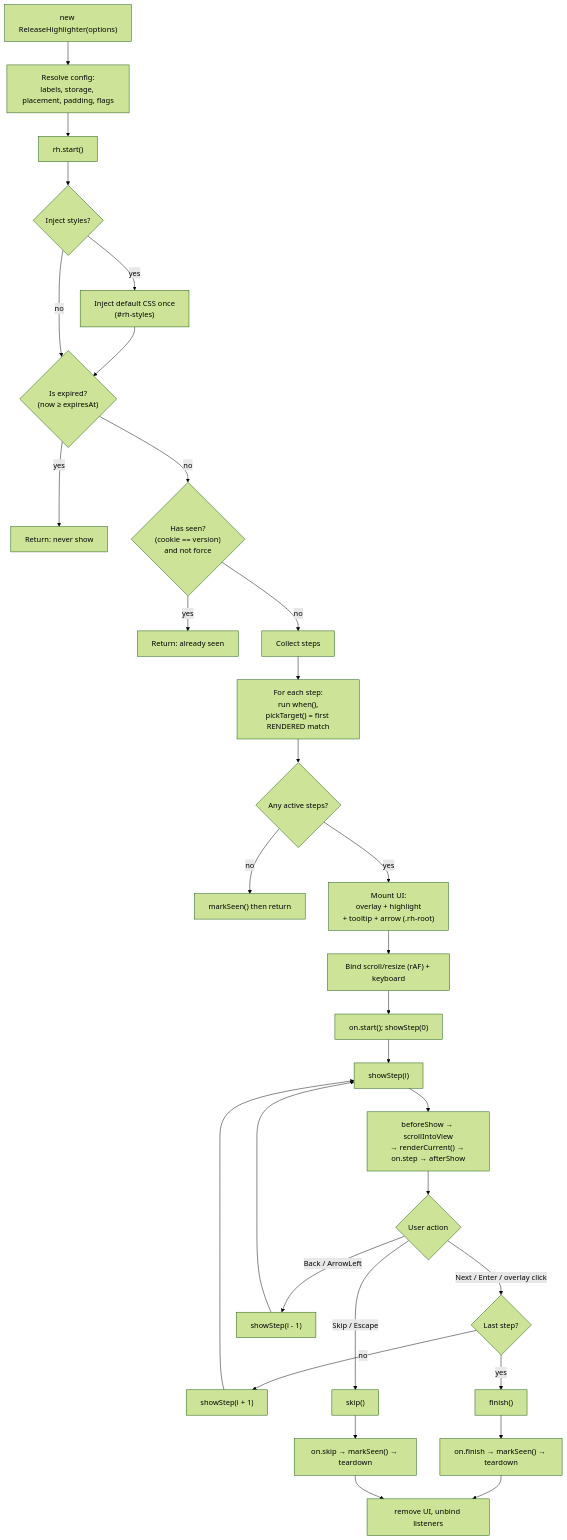
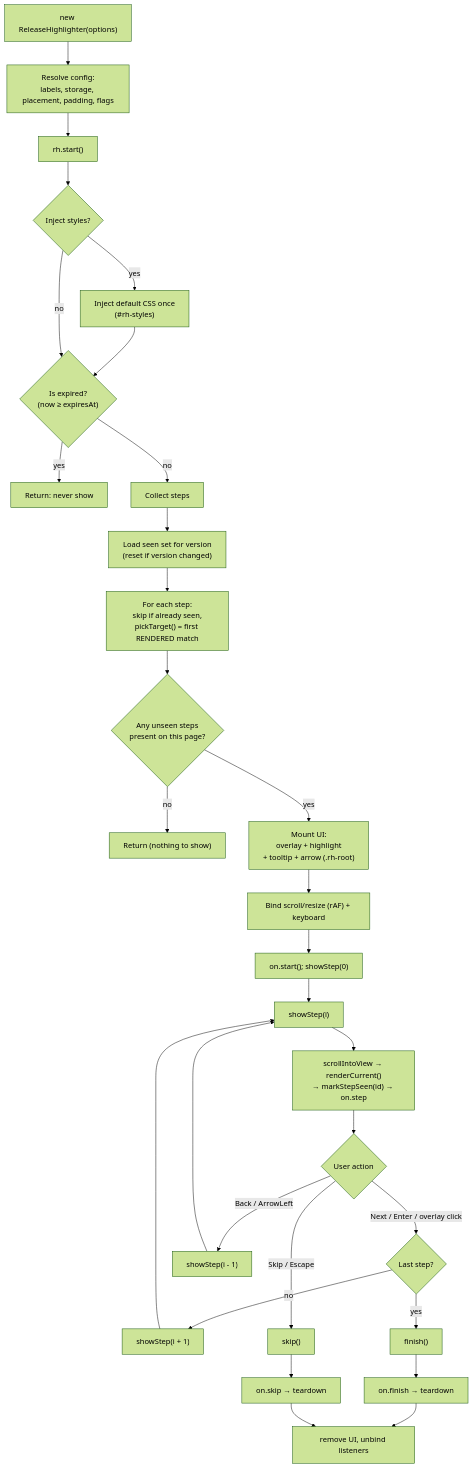
The diagram in README.md (inandi/Release-Highlighter), drawn with Mermaid (forest theme) before and after one commit. The commit also changed other lines of this file and 9 other files, not shown here.

````diff
--- a/README.md
+++ b/README.md
@@ -139,45 +142,43 @@
 ```mermaid
 flowchart TD
     A["new ReleaseHighlighter(options)"]
         --> B["Resolve config:<br/>labels, storage, placement, padding, flags"]
         --> C["rh.start()"]
 
     C --> D{"Inject styles?"}
     D -- yes --> D1["Inject default CSS once<br/>(#rh-styles)"]
     D1 --> E{"Is expired?<br/>(now ≥ expiresAt)"}
     D -- no --> E
 
     E -- yes --> Z1["Return: never show"]
-    E -- no --> F{"Has seen?<br/>(cookie == version)<br/>and not force"}
+    E -- no --> G["Collect steps"]
 
-    F -- yes --> Z2["Return: already seen"]
-    F -- no --> G["Collect steps"]
+    G --> G1["Load seen set for version<br/>(reset if version changed)"]
+    G1 --> G2["For each step:<br/>skip if already seen,<br/>pickTarget() = first RENDERED match"]
+    G2 --> H{"Any unseen steps<br/>present on this page?"}
 
-    G --> G1["For each step:<br/>run when(),<br/>pickTarget() = first RENDERED match"]
-    G1 --> H{"Any active steps?"}
-
-    H -- no --> I["markSeen() then return"]
+    H -- no --> I["Return (nothing to show)"]
     H -- yes --> J["Mount UI:<br/>overlay + highlight<br/>+ tooltip + arrow (.rh-root)"]
 
     J --> K["Bind scroll/resize (rAF) + keyboard"]
     K --> L["on.start(); showStep(0)"]
 
     L --> M["showStep(i)"]
-    M --> M1["beforeShow → scrollIntoView<br/>→ renderCurrent() → on.step → afterShow"]
+    M --> M1["scrollIntoView → renderCurrent()<br/>→ markStepSeen(id) → on.step"]
 
     M1 --> N{"User action"}
     N -- "Next / Enter / overlay click" --> O{"Last step?"}
     O -- no --> P["showStep(i + 1)"]
     O -- yes --> Q["finish()"]
     N -- "Back / ArrowLeft" --> R["showStep(i - 1)"]
     N -- "Skip / Escape" --> S["skip()"]
 
     P --> M
     R --> M
 
-    Q --> T["on.finish → markSeen() → teardown"]
-    S --> U["on.skip → markSeen() → teardown"]
+    Q --> T["on.finish → teardown"]
+    S --> U["on.skip → teardown"]
 
     T --> V["remove UI, unbind listeners"]
     U --> V
 ```
````
